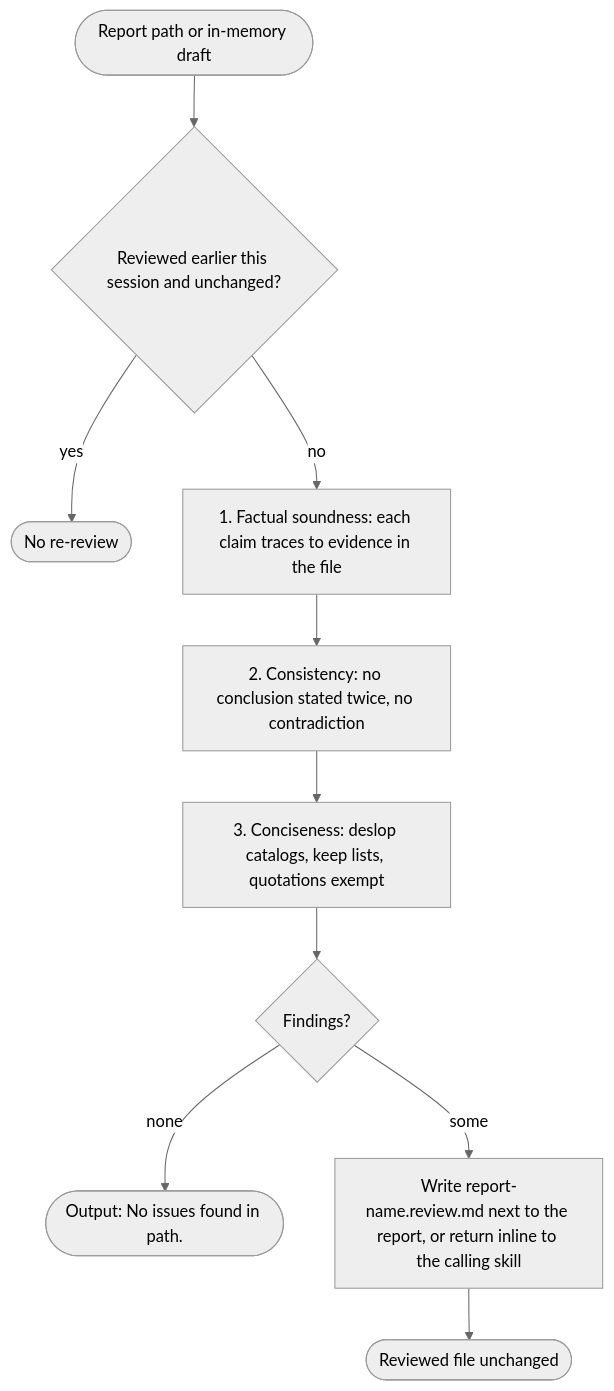
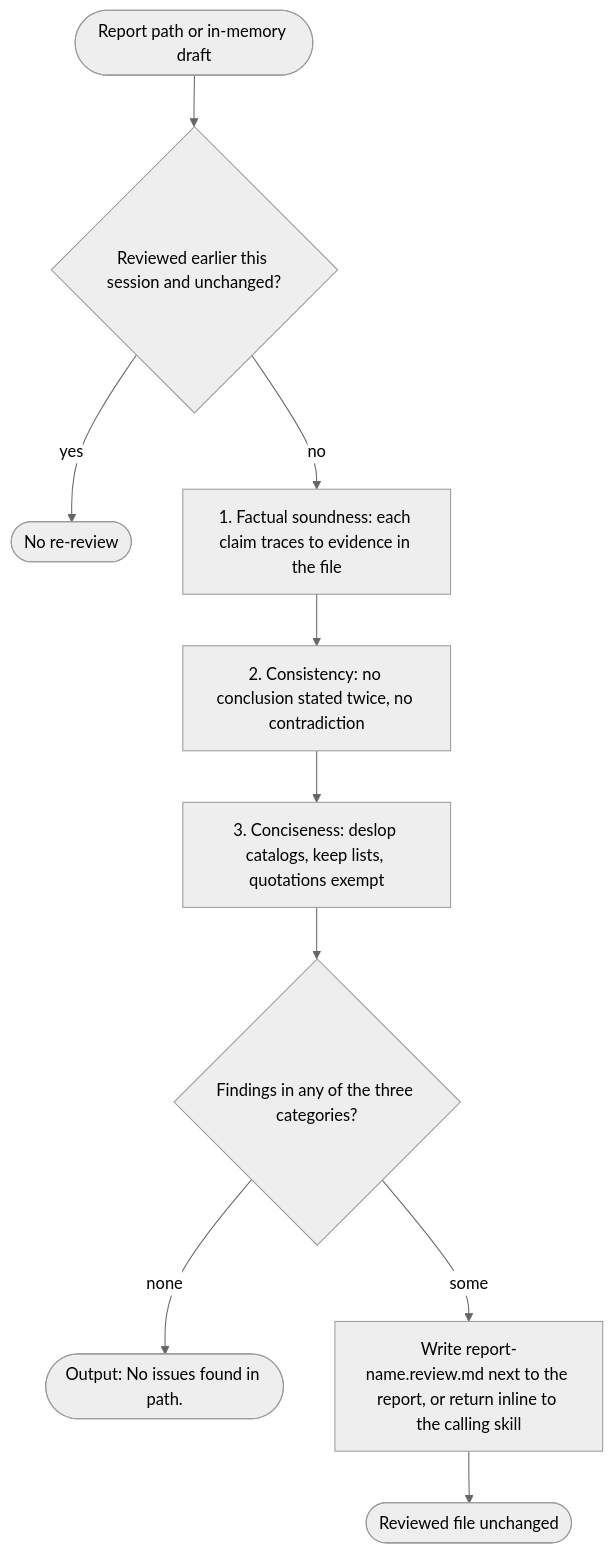
The diagram in specs/spec-skills-docs-review.md (tjmonsi/assist-marketplace-plugin), drawn with Mermaid (neutral theme) before and after one commit. The commit also changed other lines of this file and 60 other files, not shown here.

````diff
--- a/specs/spec-skills-docs-review.md
+++ b/specs/spec-skills-docs-review.md
@@ -171,12 +171,12 @@
 ```mermaid
 flowchart TD
   S(["Report path or in-memory draft"]) --> U{"Reviewed earlier this session and unchanged?"}
   U -->|"yes"| N0(["No re-review"])
   U -->|"no"| F["1. Factual soundness: each claim traces to evidence in the file"]
   F --> C["2. Consistency: no conclusion stated twice, no contradiction"]
   C --> Z["3. Conciseness: deslop catalogs, keep lists, quotations exempt"]
-  Z --> Q{"Findings?"}
+  Z --> Q{"Findings in any of the three categories?"}
   Q -->|"none"| O1(["Output: No issues found in path."])
   Q -->|"some"| O2["Write report-name.review.md next to the report, or return inline to the calling skill"]
   O2 --> End(["Reviewed file unchanged"])
 ```
````
